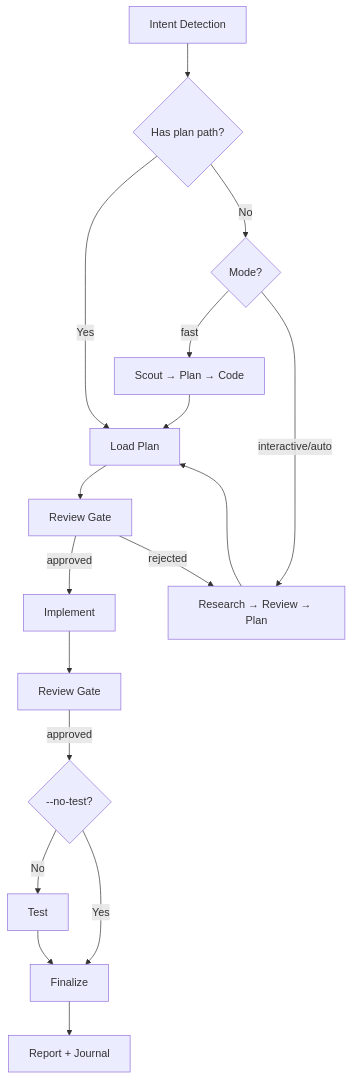
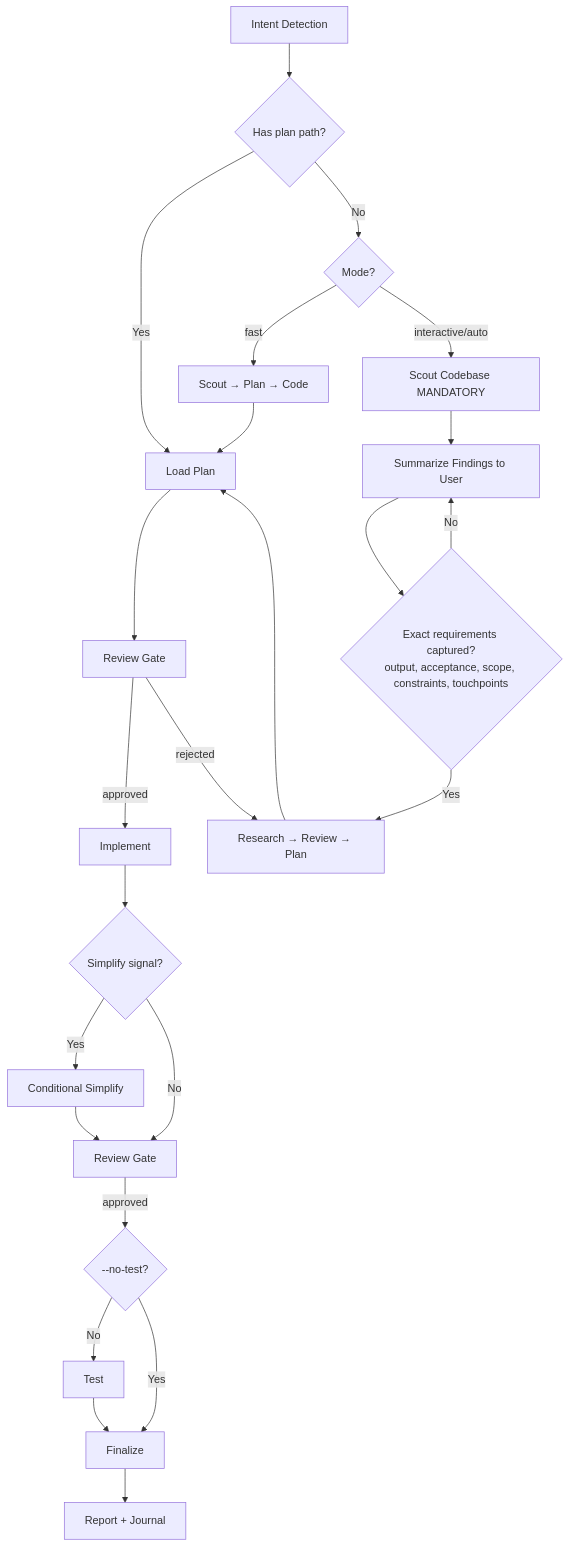
The diagram in .claude/skills/cook/SKILL.md (quanganh208/chatofy), drawn with Mermaid before and after one commit. The commit also changed other lines of this file and 1140 other files, not shown here.

````diff
--- a/.claude/skills/cook/SKILL.md
+++ b/.claude/skills/cook/SKILL.md
@@ -72,19 +125,26 @@
 ```mermaid
 flowchart TD
     A[Intent Detection] --> B{Has plan path?}
     B -->|Yes| F[Load Plan]
     B -->|No| C{Mode?}
     C -->|fast| D[Scout → Plan → Code]
-    C -->|interactive/auto| E[Research → Review → Plan]
+    C -->|interactive/auto| SC[Scout Codebase MANDATORY]
+    SC --> SR[Summarize Findings to User]
+    SR --> RQ{Exact requirements captured?<br/>output, acceptance, scope, constraints, touchpoints}
+    RQ -->|No| SR
+    RQ -->|Yes| E[Research → Review → Plan]
     E --> F
     D --> F
     F --> G[Review Gate]
     G -->|approved| H[Implement]
     G -->|rejected| E
-    H --> I[Review Gate]
+    H --> H1{Simplify signal?}
+    H1 -->|Yes| H2[Conditional Simplify]
+    H1 -->|No| I[Review Gate]
+    H2 --> I
     I -->|approved| J{--no-test?}
     J -->|No| K[Test]
     J -->|Yes| L[Finalize]
     K --> L
     L --> M[Report + Journal]
 ```
````
